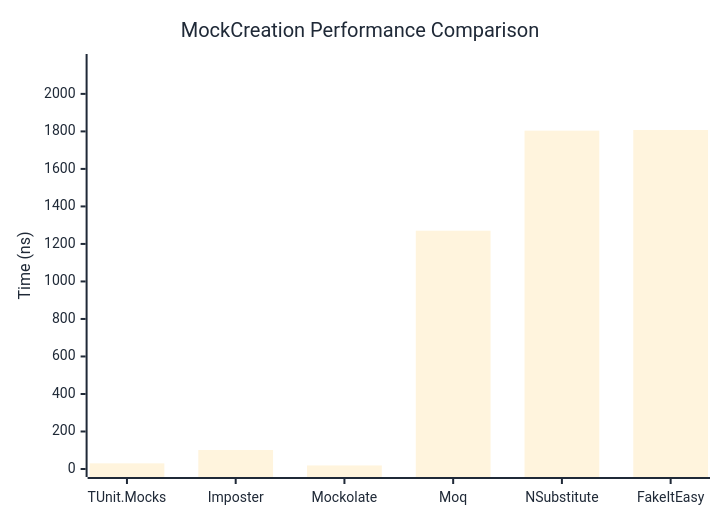
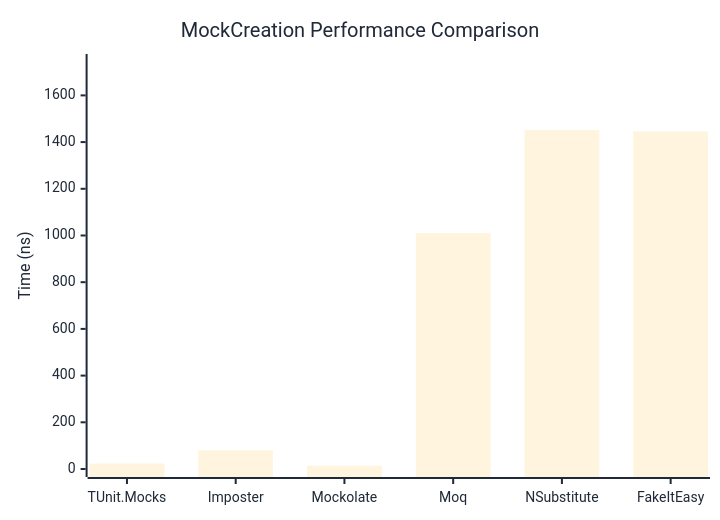
One commit to thomhurst/TUnit changed the first of 2 diagrams in docs/docs/benchmarks/mocks/MockCreation.md. Above: the diagram before and after it, drawn with Mermaid. The commit also changed other lines of this file and 14 other files, not shown here.

````diff
--- a/docs/docs/benchmarks/mocks/MockCreation.md
+++ b/docs/docs/benchmarks/mocks/MockCreation.md
@@ -30,27 +30,27 @@
 ```mermaid
 %%{init: {
   'theme':'base',
   'themeVariables': {
     'primaryColor': '#2563eb',
     'primaryTextColor': '#1f2937',
     'primaryBorderColor': '#1e40af',
     'lineColor': '#6b7280',
     'secondaryColor': '#7c3aed',
     'tertiaryColor': '#dc2626',
     'background': '#ffffff',
     'pie1': '#2563eb',
     'pie2': '#7c3aed',
     'pie3': '#dc2626',
     'pie4': '#f59e0b',
     'pie5': '#10b981',
     'pie6': '#06b6d4',
     'pie7': '#ec4899',
     'pie8': '#6366f1'
   }
 }}%%
 xychart-beta
   title "MockCreation Performance Comparison"
   x-axis ["TUnit.Mocks", "Imposter", "Mockolate", "Moq", "NSubstitute", "FakeItEasy"]
-  y-axis "Time (ns)" 0 --> 2170
-  bar [30.17, 101.17, 18.9, 1270.5, 1803.94, 1807.54]
+  y-axis "Time (ns)" 0 --> 1743
+  bar [23.4, 79.96, 13.99, 1010.23, 1452, 1445.48]
 ```
````
